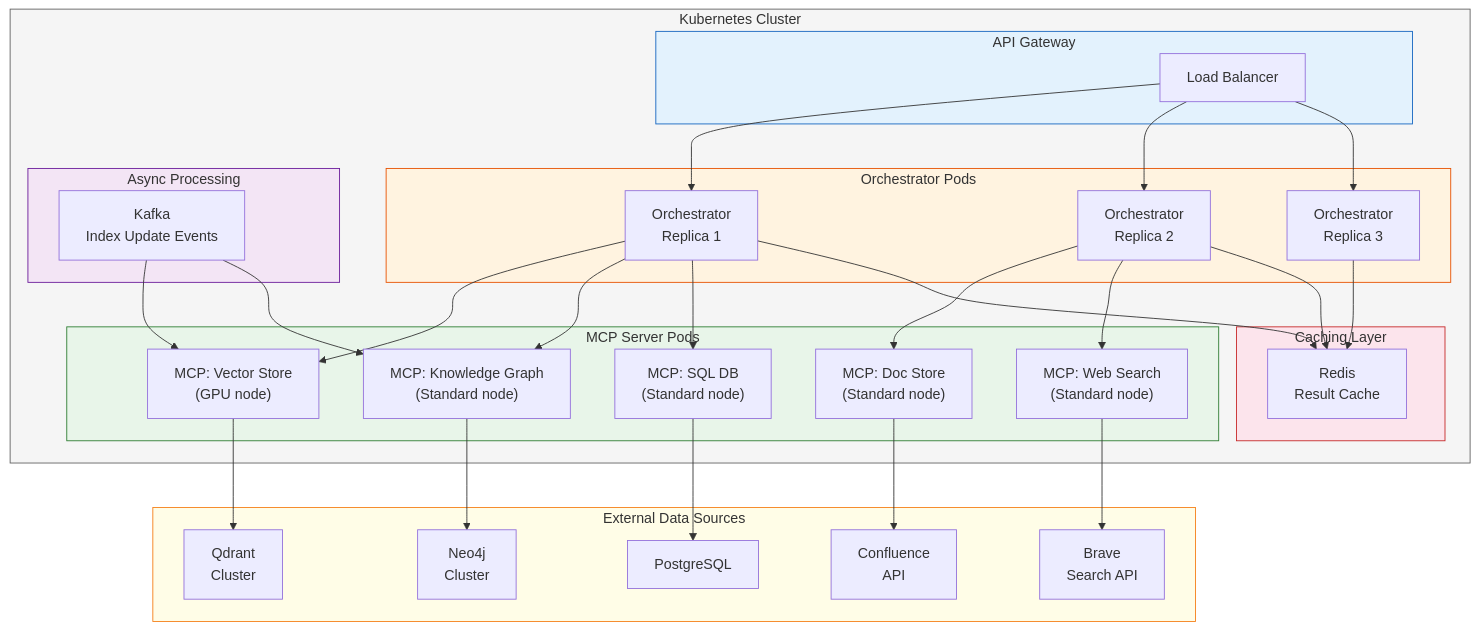
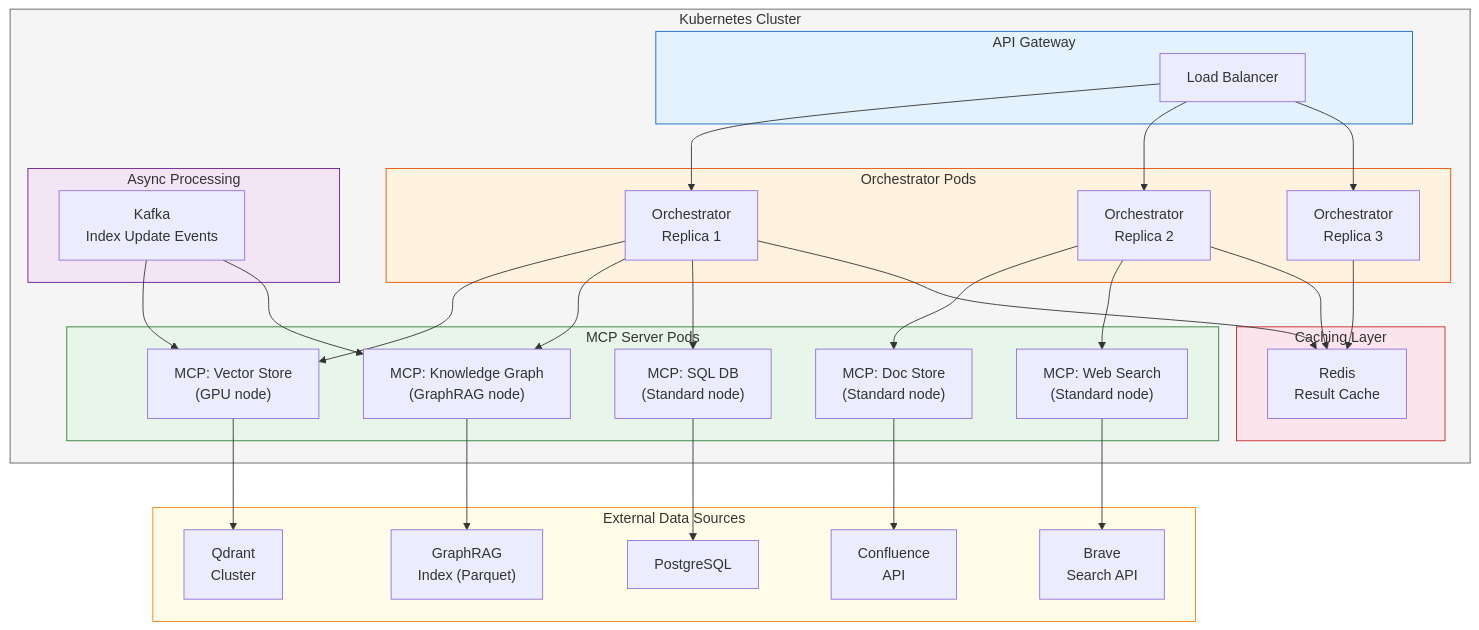
The ninth of 9 diagrams in src/examples/langgraph/mcp_rag/mcp-distributed-rag-architecture.md (dimitarpg13/rag_architectures_and_concepts), drawn with Mermaid before and after one commit. The commit also changed other lines of this file and 4 other files, not shown here.

Commit message:
update graphrag server workflow

````diff
--- a/src/examples/langgraph/mcp_rag/mcp-distributed-rag-architecture.md
+++ b/src/examples/langgraph/mcp_rag/mcp-distributed-rag-architecture.md
@@ -793,69 +797,69 @@
 ```mermaid
 flowchart TB
     subgraph K8s["Kubernetes Cluster"]
         subgraph Ingress["API Gateway"]
             LB["Load Balancer"]
         end
 
         subgraph Orchestration["Orchestrator Pods"]
             O1["Orchestrator<br/>Replica 1"]
             O2["Orchestrator<br/>Replica 2"]
             O3["Orchestrator<br/>Replica 3"]
         end
 
         subgraph MCPServers["MCP Server Pods"]
             MS1["MCP: Vector Store<br/>(GPU node)"]
-            MS2["MCP: Knowledge Graph<br/>(Standard node)"]
+            MS2["MCP: Knowledge Graph<br/>(GraphRAG node)"]
             MS3["MCP: SQL DB<br/>(Standard node)"]
             MS4["MCP: Doc Store<br/>(Standard node)"]
             MS5["MCP: Web Search<br/>(Standard node)"]
         end
 
         subgraph Cache["Caching Layer"]
             REDIS["Redis<br/>Result Cache"]
         end
 
         subgraph Queue["Async Processing"]
             KAFKA["Kafka<br/>Index Update Events"]
         end
     end
 
     subgraph External["External Data Sources"]
         QDRANT["Qdrant<br/>Cluster"]
-        NEO["Neo4j<br/>Cluster"]
+        GRAPHRAG["GraphRAG<br/>Index (Parquet)"]
         PG["PostgreSQL"]
         CONF["Confluence<br/>API"]
         BRAVE["Brave<br/>Search API"]
     end
 
     LB --> O1
     LB --> O2
     LB --> O3
 
     O1 --> MS1
     O1 --> MS2
     O1 --> MS3
     O2 --> MS4
     O2 --> MS5
 
     O1 --> REDIS
     O2 --> REDIS
     O3 --> REDIS
 
     MS1 --> QDRANT
-    MS2 --> NEO
+    MS2 --> GRAPHRAG
     MS3 --> PG
     MS4 --> CONF
     MS5 --> BRAVE
 
     KAFKA --> MS1
     KAFKA --> MS2
 
     style K8s fill:#f5f5f5,stroke:#616161
     style Ingress fill:#e3f2fd,stroke:#1565C0
     style Orchestration fill:#fff3e0,stroke:#E65100
     style MCPServers fill:#e8f5e9,stroke:#2E7D32
     style Cache fill:#fce4ec,stroke:#c62828
     style Queue fill:#f3e5f5,stroke:#6A1B9A
     style External fill:#fffde7,stroke:#f57f17
 ```
````
